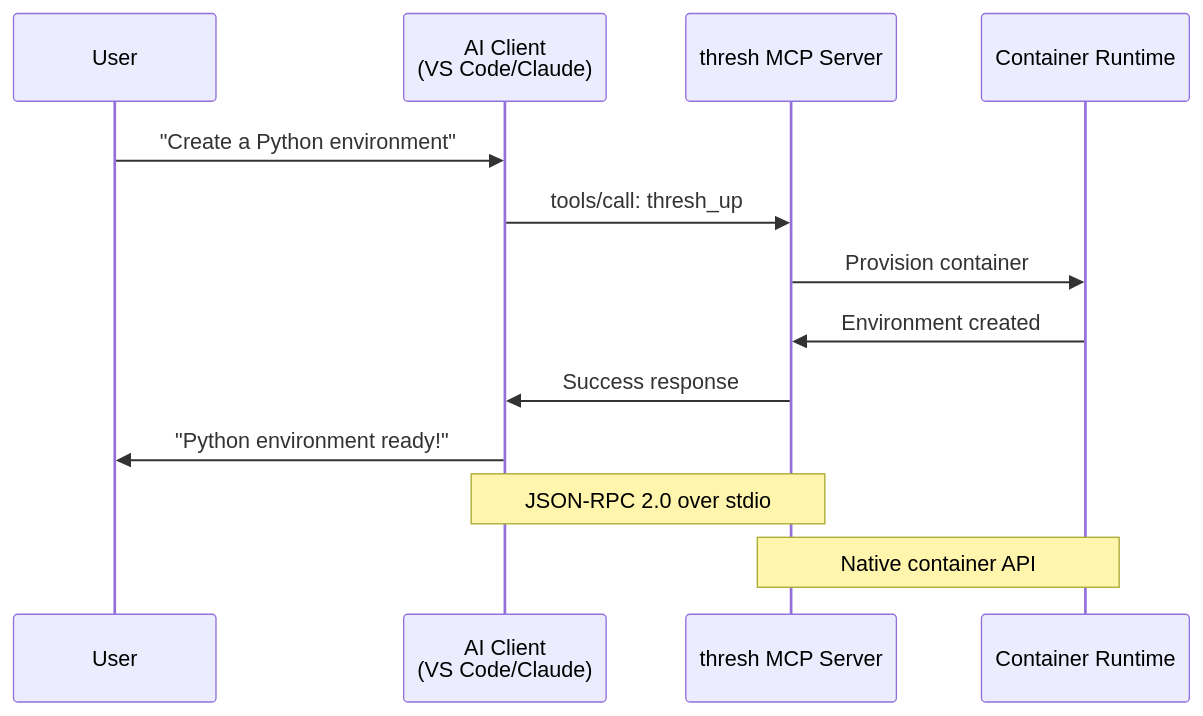
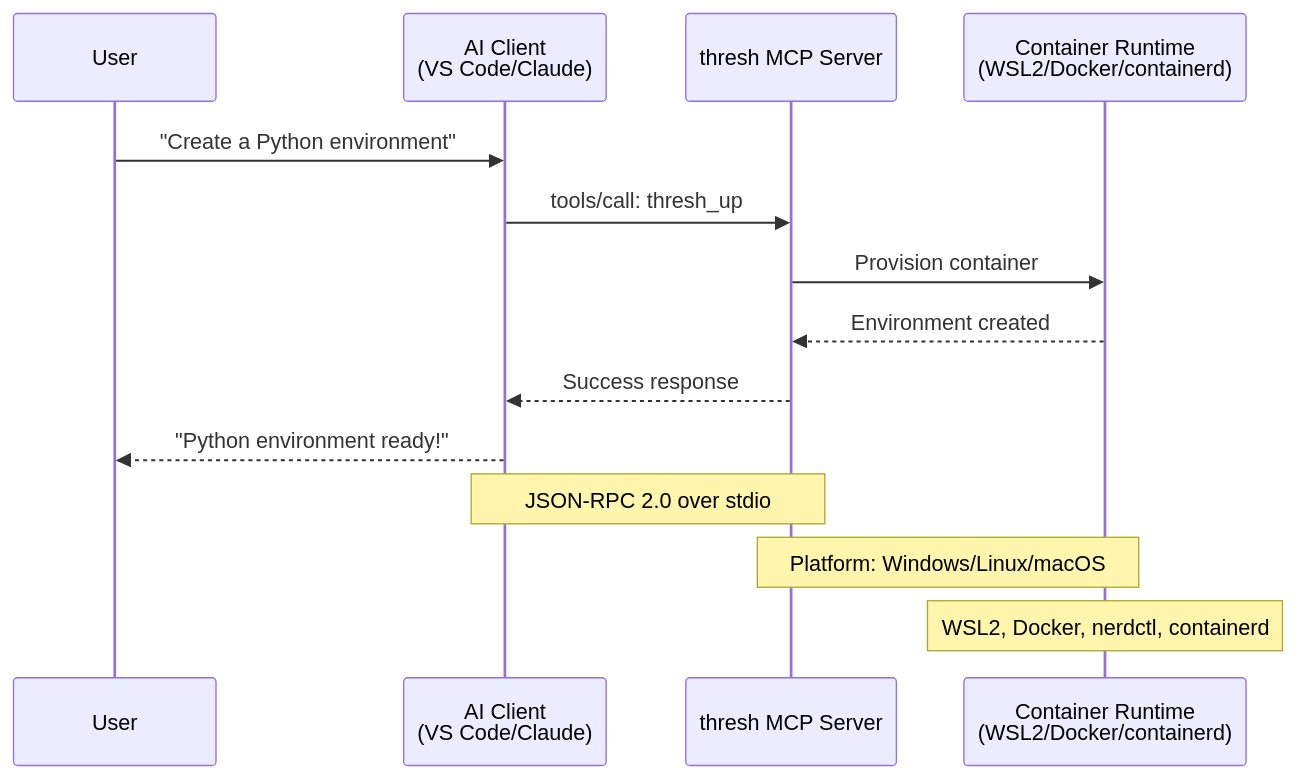
Before and after one commit to dealer426/thresh: the diagram in website/docs/mcp-integration.md, drawn with Mermaid. The commit also changed 6 other files, not shown here.

````diff
--- a/website/docs/mcp-integration.md
+++ b/website/docs/mcp-integration.md
@@ -18,17 +18,18 @@
 ```mermaid
 sequenceDiagram
     participant User
     participant AI as AI Client<br/>(VS Code/Claude)
     participant MCP as thresh MCP Server
-    participant Runtime as Container Runtime
+    participant Runtime as Container Runtime<br/>(WSL2/Docker/containerd)
     
     User->>AI: "Create a Python environment"
     AI->>MCP: tools/call: thresh_up
     MCP->>Runtime: Provision container
-    Runtime->>MCP: Environment created
-    MCP->>AI: Success response
-    AI->>User: "Python environment ready!"
+    Runtime-->>MCP: Environment created
+    MCP-->>AI: Success response
+    AI-->>User: "Python environment ready!"
     
     Note over AI,MCP: JSON-RPC 2.0 over stdio
-    Note over MCP,Runtime: Native container API
+    Note over MCP,Runtime: Platform: Windows/Linux/macOS
+    Note over Runtime: WSL2, Docker, nerdctl, containerd
 ```
````
